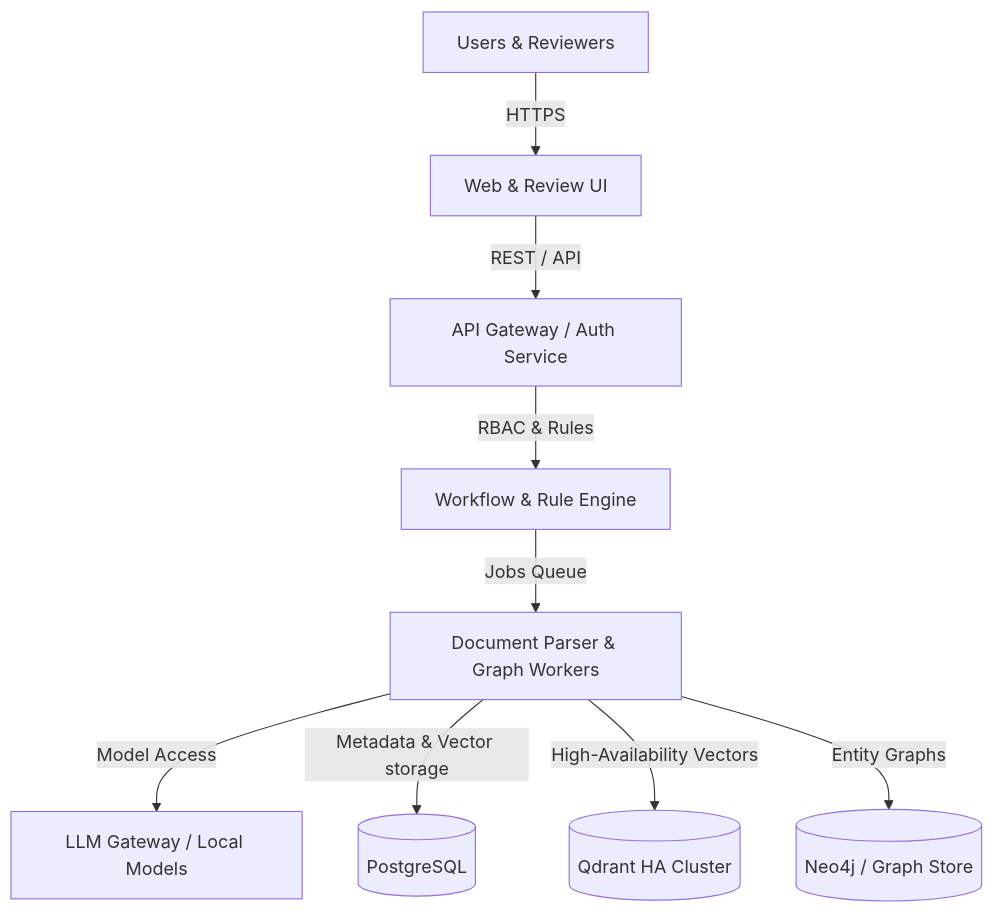
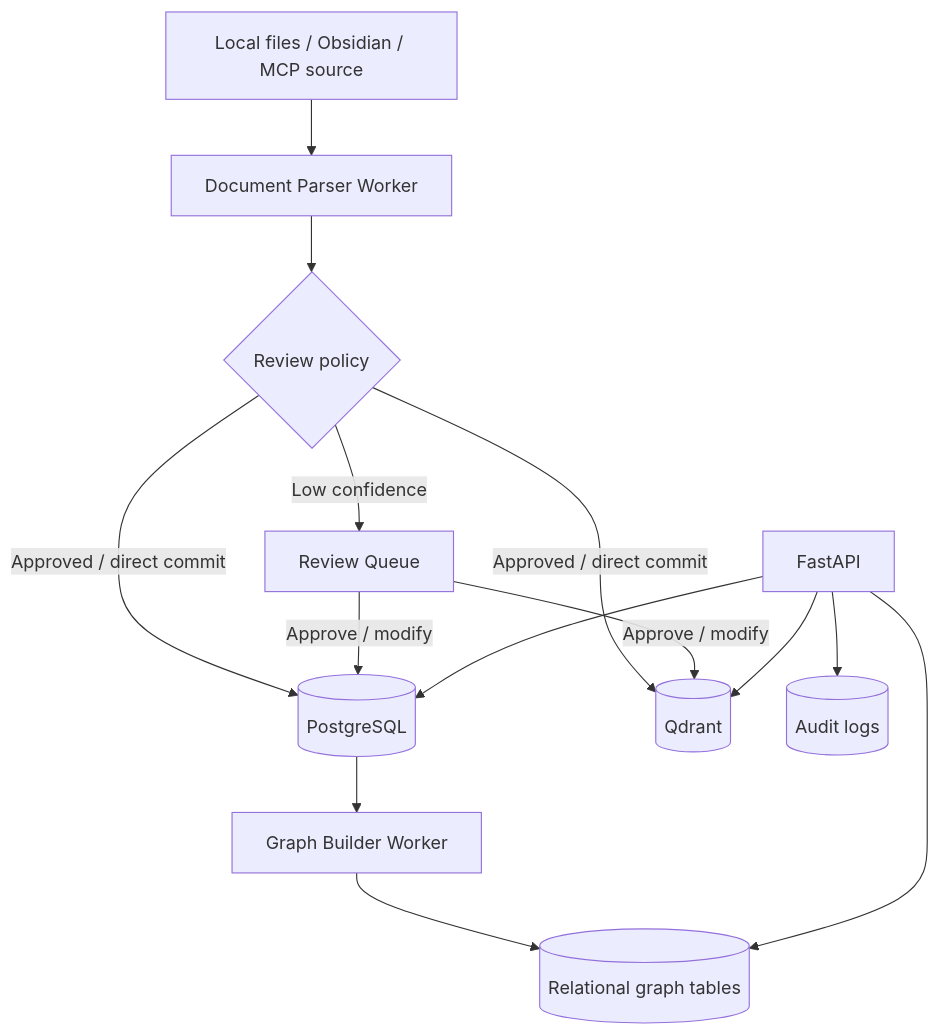
Before and after one commit to KhaiTrang1995/nexus-kb: the diagram in README.md, drawn with Mermaid. The commit also changed other lines of this file and 38 other files, not shown here.

First line of the commit message:
Add architecture, MCP connector, LLM gateway

````diff
--- a/README.md
+++ b/README.md
@@ -88,11 +36,16 @@
 ```mermaid
-graph TD
-    User[Users & Reviewers] -->|HTTPS| WebConsole[Web & Review UI]
-    WebConsole -->|REST / API| Gateway[API Gateway / Auth Service]
-    Gateway -->|RBAC & Rules| Workflow[Workflow & Rule Engine]
-    Workflow -->|Jobs Queue| Workers[Document Parser & Graph Workers]
-    Workers -->|Model Access| LLM[LLM Gateway / Local Models]
-    Workers -->|Metadata & Vector storage| Relational[(PostgreSQL)]
-    Workers -->|High-Availability Vectors| VectorDB[(Qdrant HA Cluster)]
-    Workers -->|Entity Graphs| GraphDB[(Neo4j / Graph Store)]
+flowchart TD
+    Source[Local files / Obsidian / MCP source] --> Parser[Document Parser Worker]
+    Parser --> Review{Review policy}
+    Review -->|Approved / direct commit| Metadata[(PostgreSQL)]
+    Review -->|Approved / direct commit| Vector[(Qdrant)]
+    Review -->|Low confidence| Queue[Review Queue]
+    Queue -->|Approve / modify| Metadata
+    Queue -->|Approve / modify| Vector
+    Metadata --> Graph[Graph Builder Worker]
+    Graph --> GraphTables[(Relational graph tables)]
+    API[FastAPI] --> Metadata
+    API --> Vector
+    API --> GraphTables
+    API --> Audit[(Audit logs)]
 ```
````
